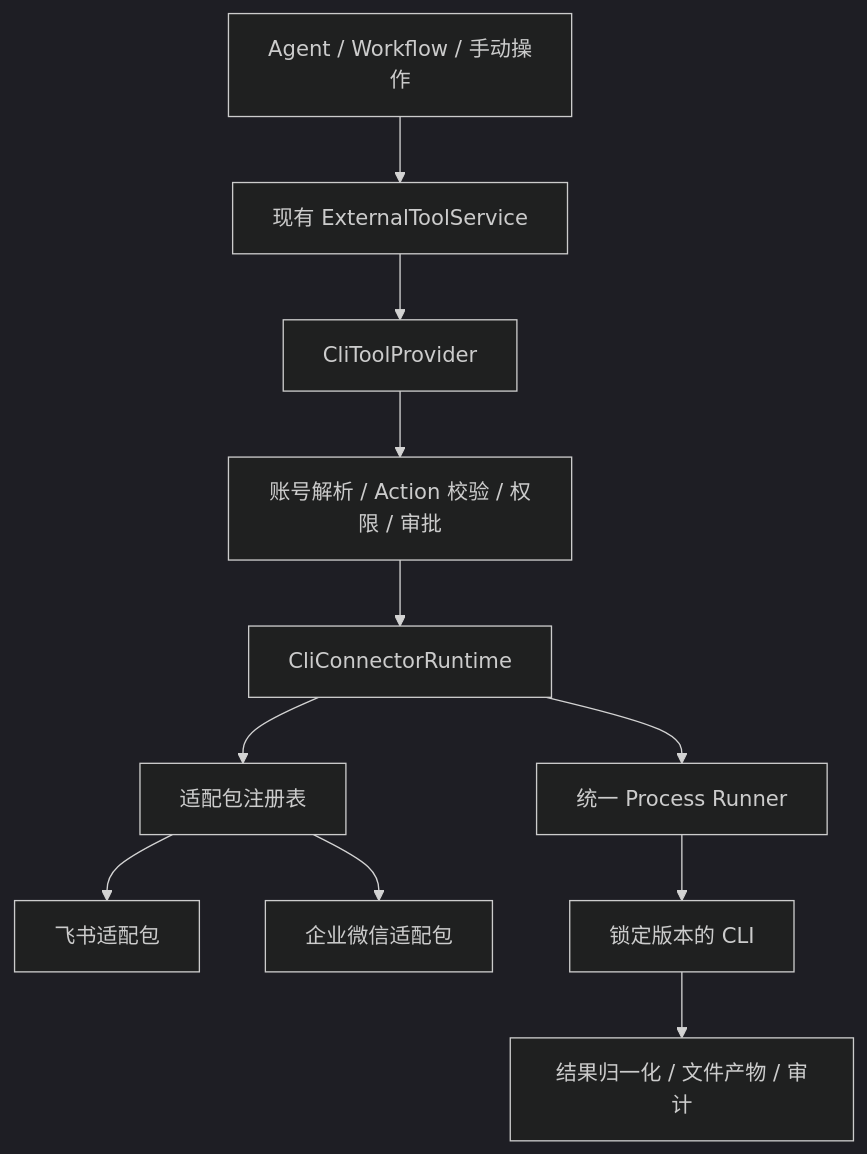
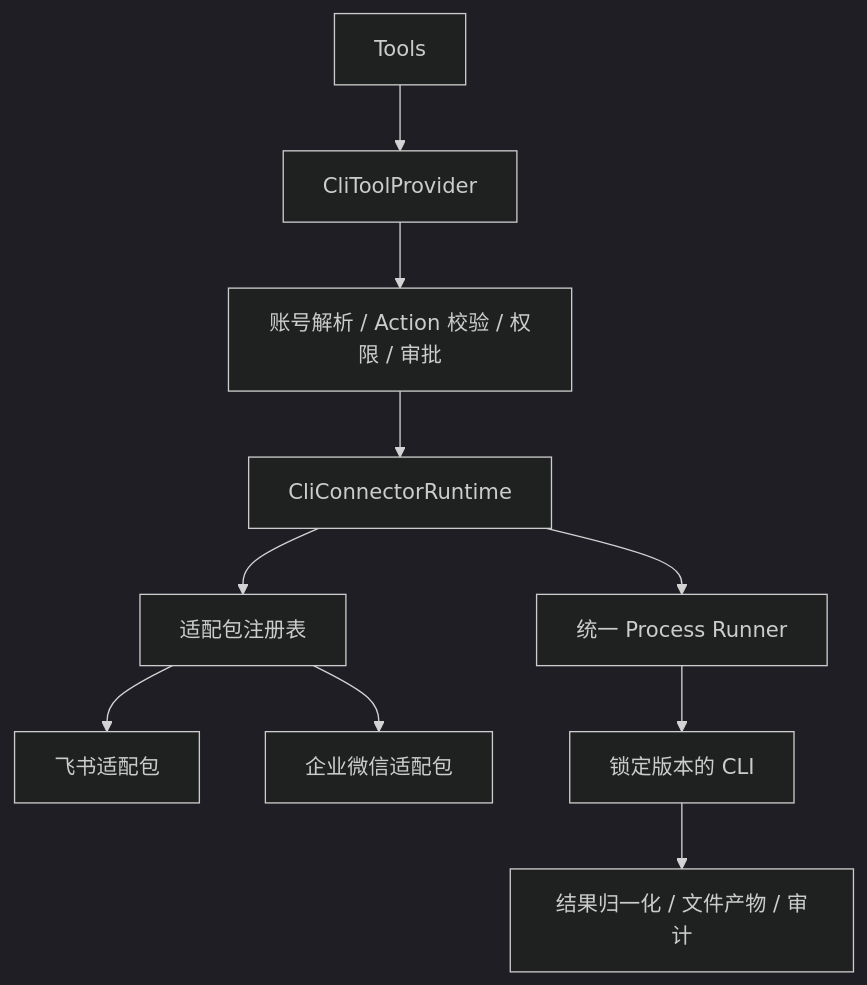
One commit to xopcai/xopc changed the diagram in docs/design/technical/cli-connector-runtime.md. Above: the diagram before and after it, drawn with Mermaid (dark theme). The commit also changed other lines of this file and 784 other files, not shown here.

````diff
--- a/docs/design/technical/cli-connector-runtime.md
+++ b/docs/design/technical/cli-connector-runtime.md
@@ -80,13 +80,12 @@
 ```mermaid
 flowchart TD
-  Agent[Agent / Workflow / 手动操作] --> Tools[现有 ExternalToolService]
   Tools --> Provider[CliToolProvider]
   Provider --> Gate[账号解析 / Action 校验 / 权限 / 审批]
   Gate --> Runtime[CliConnectorRuntime]
   Runtime --> Registry[适配包注册表]
   Registry --> Lark[飞书适配包]
   Registry --> Wecom[企业微信适配包]
   Runtime --> Process[统一 Process Runner]
   Process --> Binary[锁定版本的 CLI]
   Binary --> Result[结果归一化 / 文件产物 / 审计]
 ```
````
